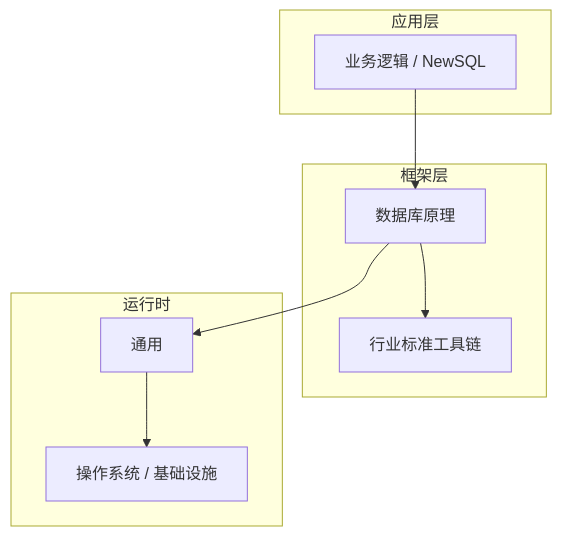
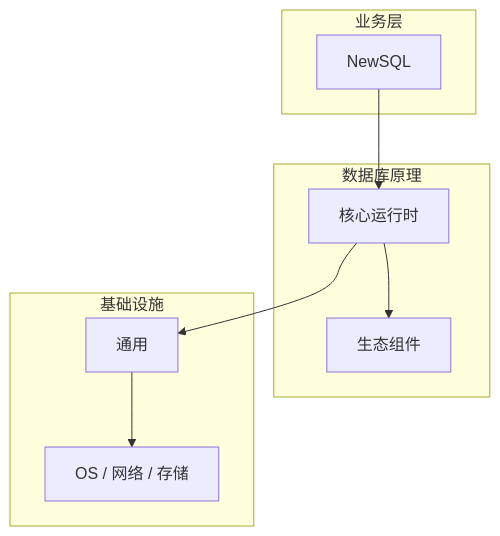
The diagram in articles/数据库原理/chapters/107-NewSQL核心概念与原理.md (yanggan2015/knowledge-json-v2), drawn with Mermaid before and after one commit. The commit also changed other lines of this file and 10127 other files, not shown here.

````diff
--- a/articles/数据库原理/chapters/107-NewSQL核心概念与原理.md
+++ b/articles/数据库原理/chapters/107-NewSQL核心概念与原理.md
@@ -45,18 +34,18 @@
 ```mermaid
 graph TB
-    subgraph 应用层
-        A[业务逻辑 / NewSQL]
+    subgraph 业务层
+        A[NewSQL]
     end
-    subgraph 框架层
-        B[数据库原理]
-        C[行业标准工具链]
+    subgraph 数据库原理
+        B[核心运行时]
+        C[生态组件]
     end
-    subgraph 运行时
+    subgraph 基础设施
         D[通用]
-        E[操作系统 / 基础设施]
+        E[OS / 网络 / 存储]
     end
     A --> B
     B --> C
     B --> D
     D --> E
 ```
````
